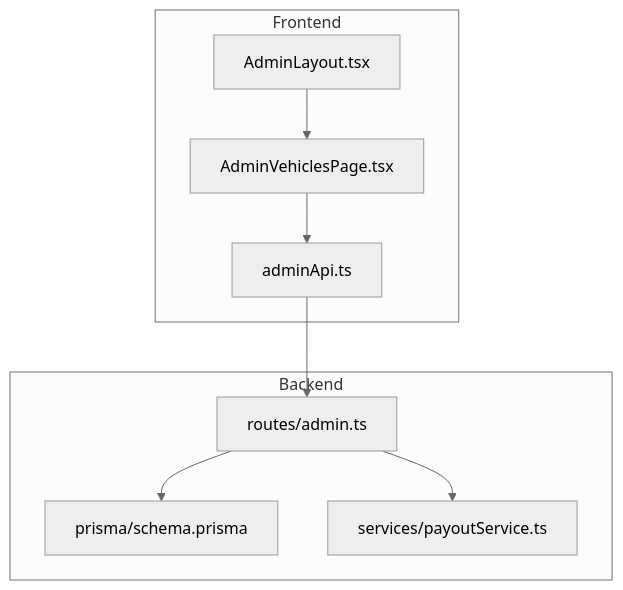
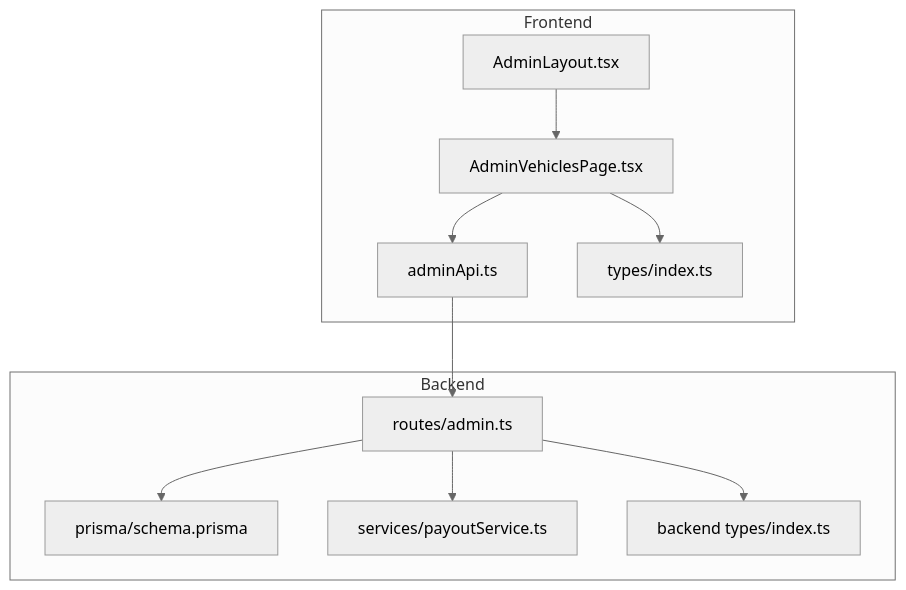
The first of 3 diagrams in .qoder/repowiki/en/content/Frontend Documentation/Pages and Views/Admin Pages/Admin Vehicles Page.md (NaveenHiranya/Smart-Vehicle-Insurance-Claim-System), drawn with Mermaid (neutral theme) before and after one commit. The commit also changed other lines of this file and 17 other files, not shown here.

````diff
--- a/.qoder/repowiki/en/content/Frontend Documentation/Pages and Views/Admin Pages/Admin Vehicles Page.md
+++ b/.qoder/repowiki/en/content/Frontend Documentation/Pages and Views/Admin Pages/Admin Vehicles Page.md
@@ -44,18 +45,22 @@
 ```mermaid
 graph TB
 subgraph "Frontend"
 AVP["AdminVehiclesPage.tsx"]
 AA["adminApi.ts"]
 AL["AdminLayout.tsx"]
+TYPES["types/index.ts"]
 end
 subgraph "Backend"
 AR["routes/admin.ts"]
 PR["prisma/schema.prisma"]
 PS["services/payoutService.ts"]
+BTYPES["backend types/index.ts"]
 end
 AVP --> AA
 AA --> AR
 AR --> PR
 AR --> PS
 AL --> AVP
+AVP --> TYPES
+AR --> BTYPES
 ```
````
